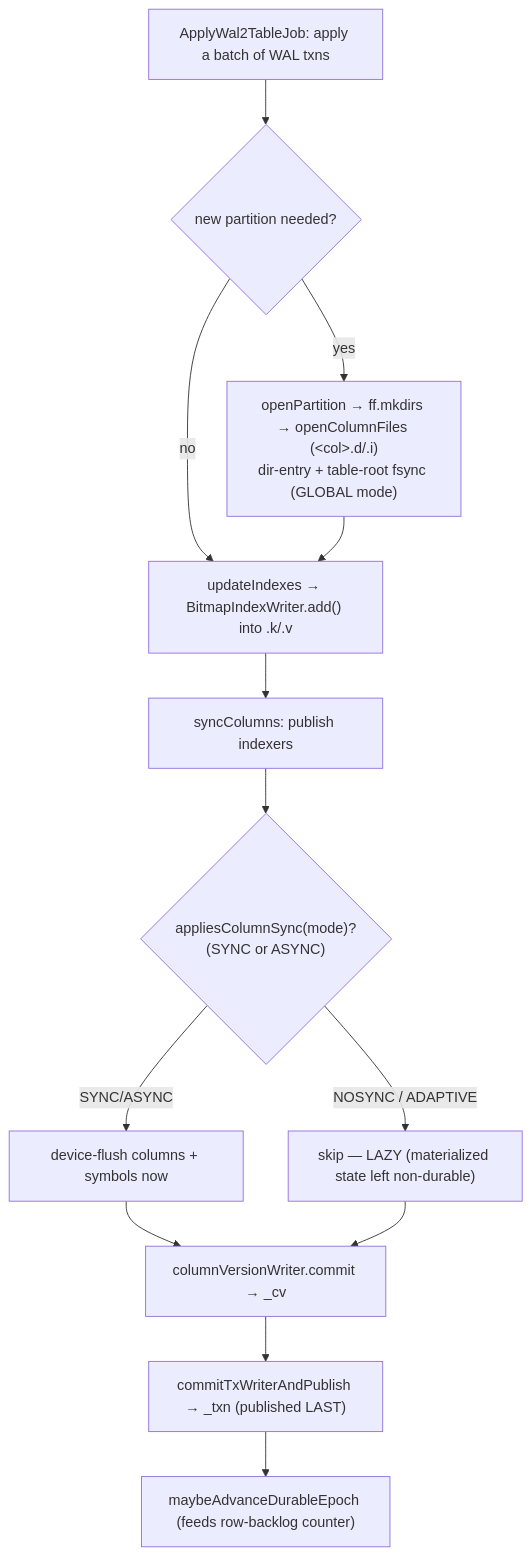
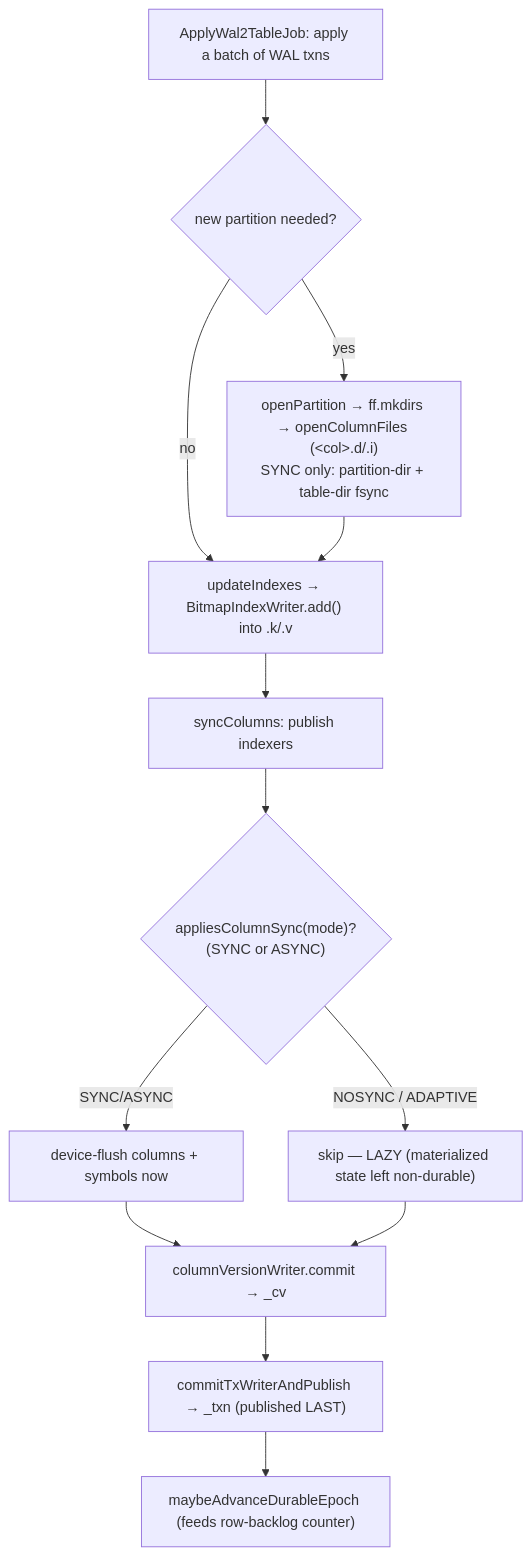
Before and after one commit to questdb/questdb: the third of 4 diagrams in docs/adaptive-commit-internals.md, drawn with Mermaid. The commit also changed other lines of this file and 5 other files, not shown here.

````diff
--- a/docs/adaptive-commit-internals.md
+++ b/docs/adaptive-commit-internals.md
@@ -354,15 +368,15 @@
 ```mermaid
 flowchart TD
     A["ApplyWal2TableJob: apply a batch of WAL txns"] --> NP{"new partition needed?"}
-    NP -->|yes| MK["openPartition → ff.mkdirs → openColumnFiles (&lt;col&gt;.d/.i)<br/>dir-entry + table-root fsync (GLOBAL mode)"]
+    NP -->|yes| MK["openPartition → ff.mkdirs → openColumnFiles (&lt;col&gt;.d/.i)<br/>SYNC only: partition-dir + table-dir fsync"]
     NP -->|no| UI
     MK --> UI["updateIndexes → BitmapIndexWriter.add() into .k/.v"]
     UI --> SC["syncColumns: publish indexers"]
     SC --> GATE{"appliesColumnSync(mode)?<br/>(SYNC or ASYNC)"}
     GATE -->|"SYNC/ASYNC"| FLUSH["device-flush columns + symbols now"]
     GATE -->|"NOSYNC / ADAPTIVE"| LAZY["skip — LAZY (materialized state left non-durable)"]
     FLUSH --> CV
     LAZY --> CV["columnVersionWriter.commit → _cv"]
     CV --> TX["commitTxWriterAndPublish → _txn (published LAST)"]
     TX --> EP["maybeAdvanceDurableEpoch (feeds row-backlog counter)"]
 ```
````
